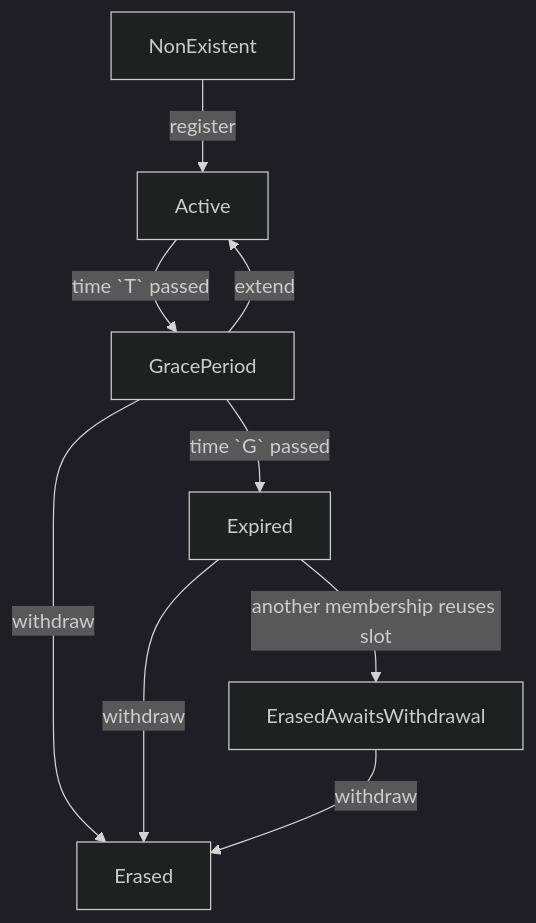
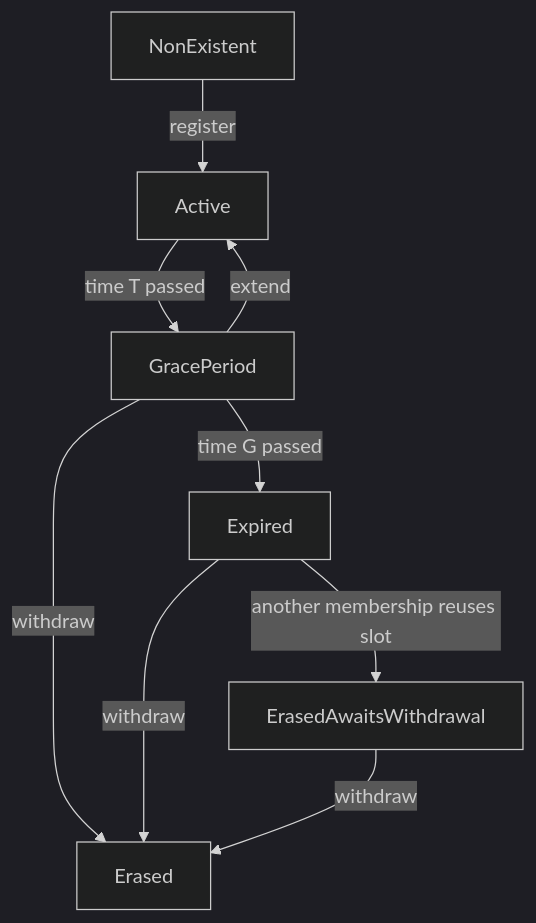
Before and after one commit to waku-org/specs: the diagram in standards/core/rln-contract.md, drawn with Mermaid (dark theme). The commit also changed other lines of this file, not shown here.

````diff
--- a/standards/core/rln-contract.md
+++ b/standards/core/rln-contract.md
@@ -77,12 +67,12 @@
 ```mermaid
 graph TD;
     NonExistent --> |"register"| Active;
-    Active --> |"time `T` passed"| GracePeriod;
+    Active --> |"time T passed"| GracePeriod;
     GracePeriod --> |"extend"| Active;
-    GracePeriod --> |"time `G` passed"| Expired;
+    GracePeriod --> |"time G passed"| Expired;
     GracePeriod --> |"withdraw"| Erased;
     Expired --> |"withdraw"| Erased;
     Expired --> |"another membership reuses slot"| ErasedAwaitsWithdrawal;
     ErasedAwaitsWithdrawal --> |"withdraw"| Erased;
 
 ```
````
